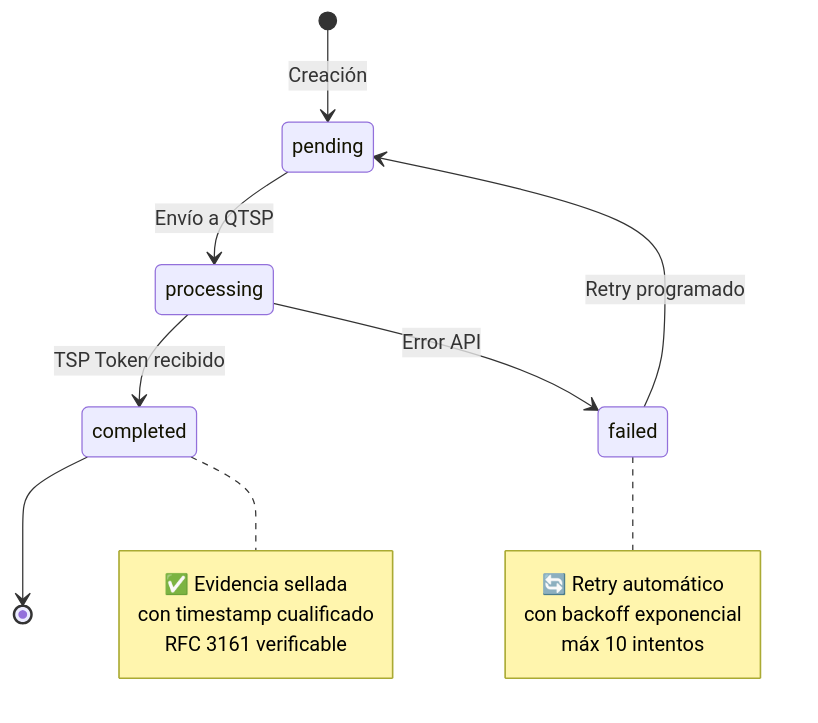
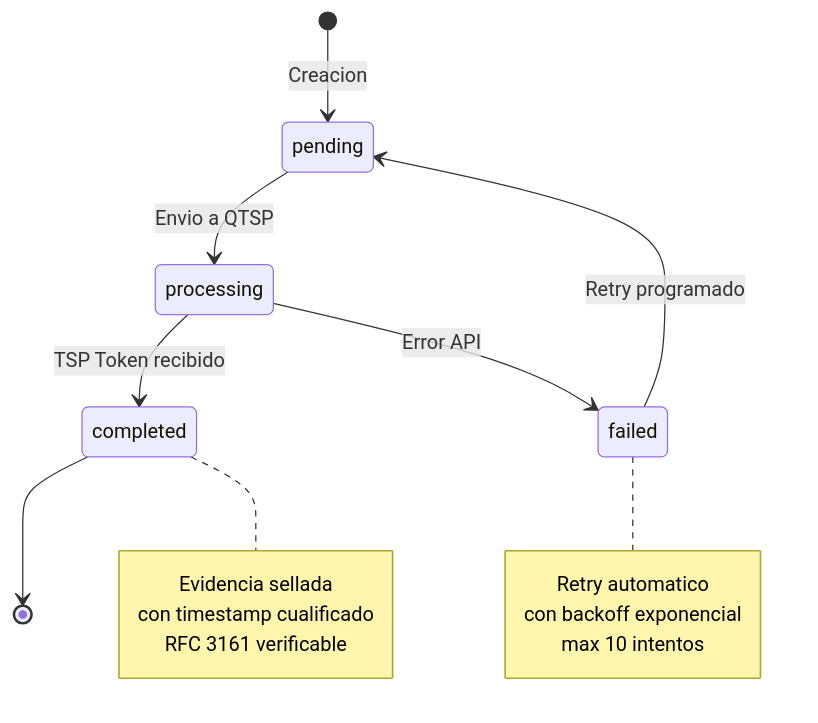
Diagram 12 of 26 in README.md (moimene/time-control-hub), drawn with Mermaid before and after one commit. The commit also changed other lines of this file, not shown here.

````diff
--- a/README.md
+++ b/README.md
@@ -595,21 +613,21 @@
 ```mermaid
 stateDiagram-v2
-    [*] --> pending: Creación
-    pending --> processing: Envío a QTSP
+    [*] --> pending: Creacion
+    pending --> processing: Envio a QTSP
     processing --> completed: TSP Token recibido
     processing --> failed: Error API
     failed --> pending: Retry programado
     completed --> [*]
     
     note right of completed
-        ✅ Evidencia sellada
+        Evidencia sellada
         con timestamp cualificado
         RFC 3161 verificable
     end note
     
     note right of failed
-        🔄 Retry automático
+        Retry automatico
         con backoff exponencial
-        máx 10 intentos
+        max 10 intentos
     end note
 ```
````
